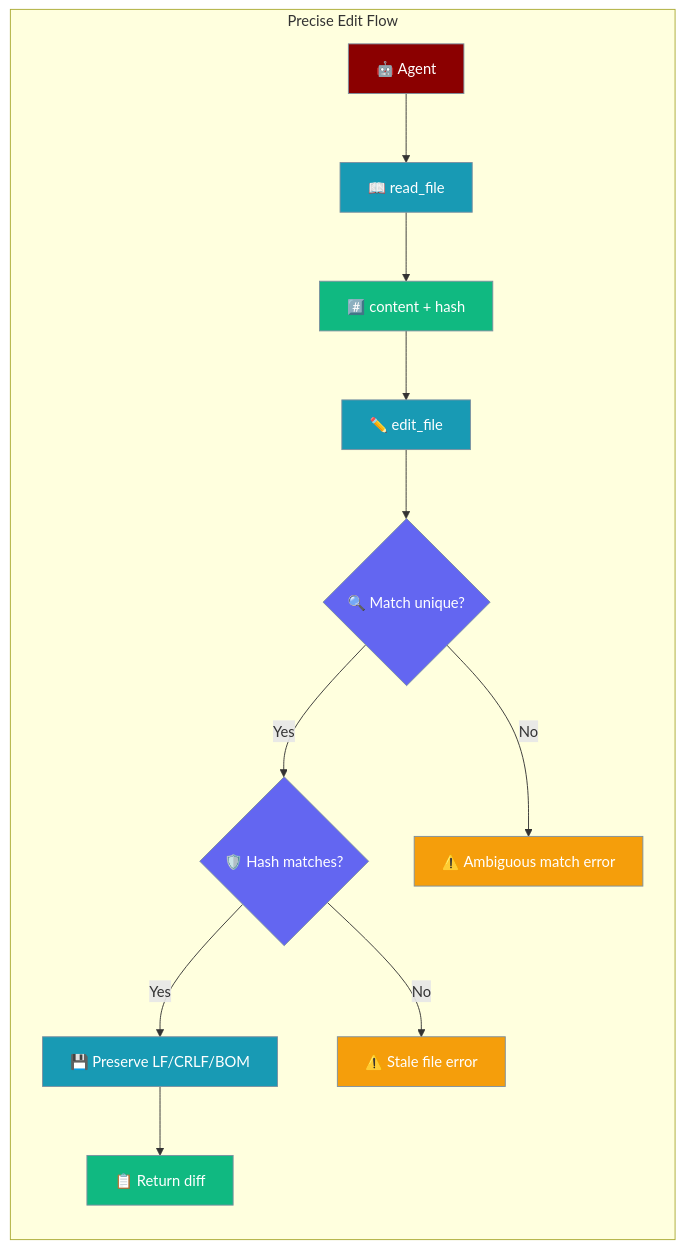
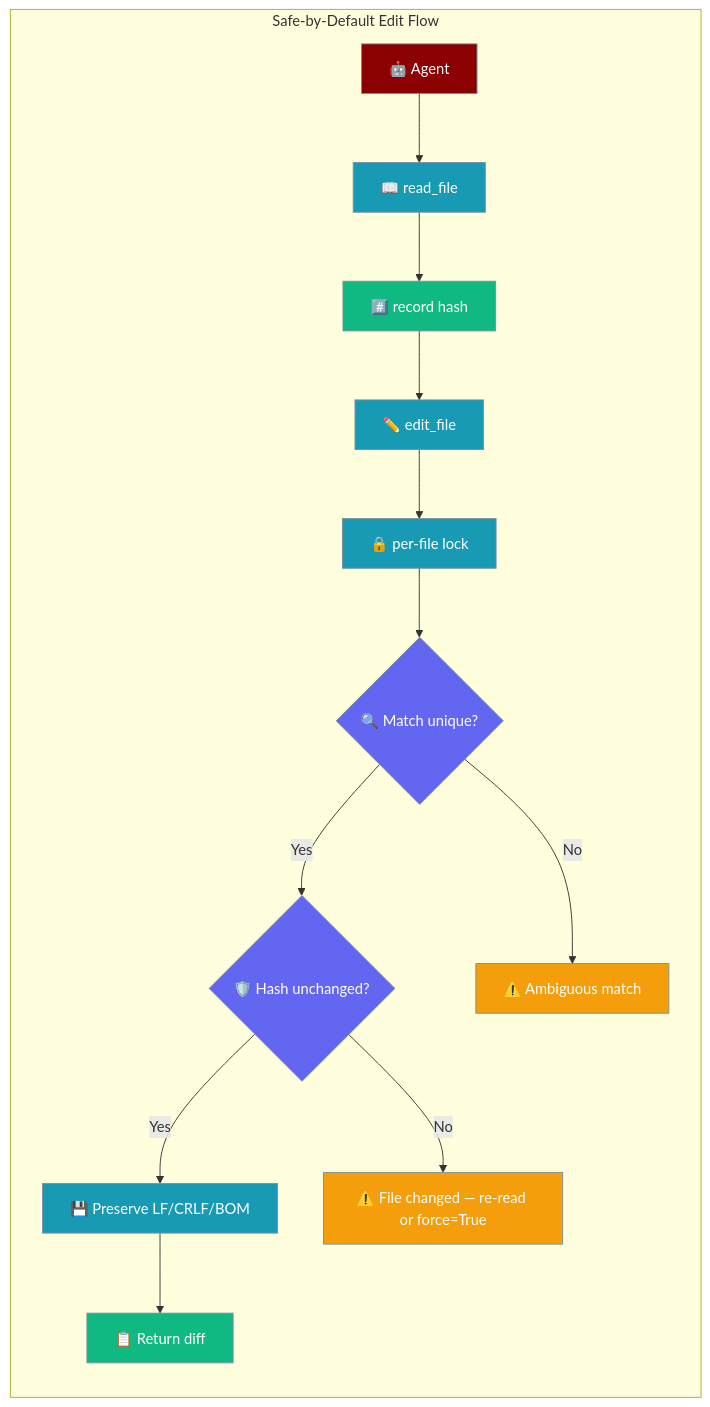
One commit to MervinPraison/PraisonAIDocs changed the first of 8 diagrams in docs/features/file-editing.mdx. Above: the diagram before and after it, drawn with Mermaid. The commit also changed other lines of this file, not shown here.

First line of the commit message:
docs(file-editing): document automatic stale-write protection, per-file locking, and force=True (fixes #870)

````diff
--- a/docs/features/file-editing.mdx
+++ b/docs/features/file-editing.mdx
@@ -10,26 +10,27 @@
 ```mermaid
 graph LR
-    subgraph "Precise Edit Flow"
+    subgraph "Safe-by-Default Edit Flow"
         A[🤖 Agent] --> R[📖 read_file]
-        R --> H[#️⃣ content + hash]
+        R --> H[#️⃣ record hash]
         H --> E[✏️ edit_file]
-        E --> C{🔍 Match unique?}
-        C -->|Yes| HC{🛡️ Hash matches?}
-        C -->|No| AMB[⚠️ Ambiguous match error]
+        E --> L[🔒 per-file lock]
+        L --> C{🔍 Match unique?}
+        C -->|Yes| HC{🛡️ Hash unchanged?}
+        C -->|No| AMB[⚠️ Ambiguous match]
         HC -->|Yes| W[💾 Preserve LF/CRLF/BOM]
-        HC -->|No| STALE[⚠️ Stale file error]
+        HC -->|No| STALE[⚠️ File changed — re-read or force=True]
         W --> D[📋 Return diff]
     end
 
     classDef agent fill:#8B0000,stroke:#7C90A0,color:#fff
     classDef step fill:#189AB4,stroke:#7C90A0,color:#fff
     classDef check fill:#6366F1,stroke:#7C90A0,color:#fff
     classDef warn fill:#F59E0B,stroke:#7C90A0,color:#fff
     classDef ok fill:#10B981,stroke:#7C90A0,color:#fff
 
     class A agent
-    class R,E,W step
+    class R,E,W,L step
     class C,HC check
     class AMB,STALE warn
     class H,D ok
 ```
````
